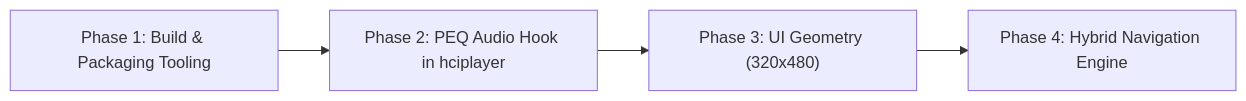
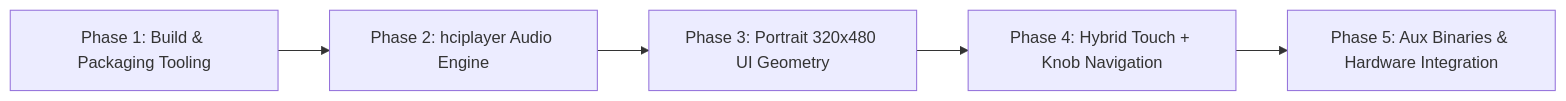
One commit to jtliang24/q2-pod changed the second of 2 diagrams in docs/m1plus.md. Above: the diagram before and after it, drawn with Mermaid. The commit also changed other lines of this file, not shown here.

````diff
--- a/docs/m1plus.md
+++ b/docs/m1plus.md
@@ -190,6 +279,7 @@
 ```mermaid
 flowchart LR
-    Phase1["Phase 1: Build & Packaging Tooling"] --> Phase2["Phase 2: PEQ Audio Hook in hciplayer"]
-    Phase2 --> Phase3["Phase 3: UI Geometry (320x480)"]
-    Phase3 --> Phase4["Phase 4: Hybrid Navigation Engine"]
+    Phase1["Phase 1: Build & Packaging Tooling"] --> Phase2["Phase 2: hciplayer Audio Engine"]
+    Phase2 --> Phase3["Phase 3: Portrait 320x480 UI Geometry"]
+    Phase3 --> Phase4["Phase 4: Hybrid Touch + Knob Navigation"]
+    Phase4 --> Phase5["Phase 5: Aux Binaries & Hardware Integration"]
 ```
````
